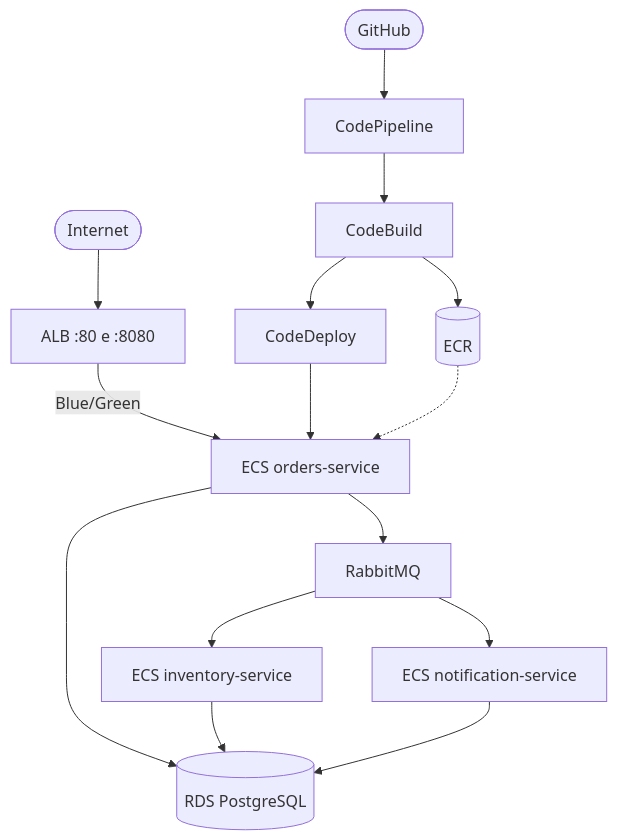
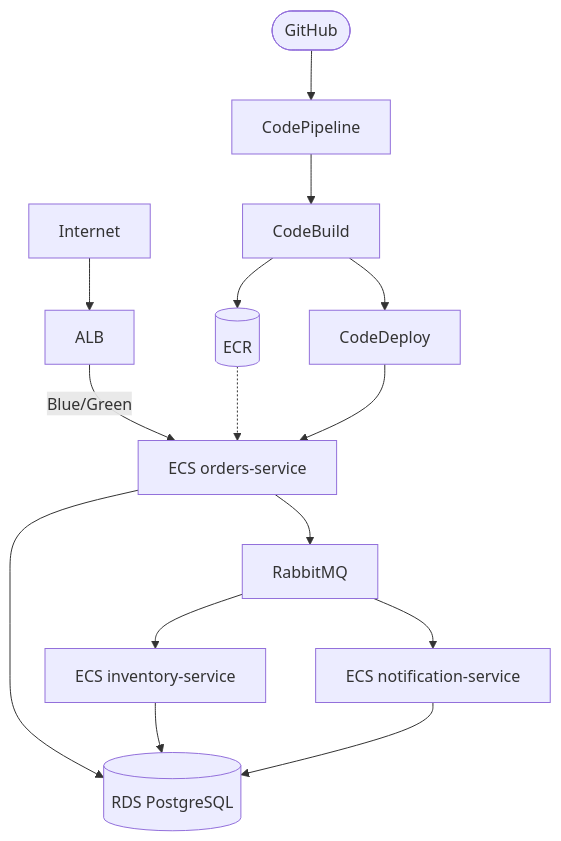
The second of 3 diagrams in architecture.md (davixedes/workshop-app), drawn with Mermaid before and after one commit. The commit also changed other lines of this file, not shown here.

````diff
--- a/architecture.md
+++ b/architecture.md
@@ -54,18 +25,14 @@
 ```mermaid
 graph TD
-    Internet([Internet]) --> ALB[ALB :80 e :8080]
+    Internet --> ALB[ALB]
     ALB -->|Blue/Green| OS[ECS orders-service]
     OS --> RDS[(RDS PostgreSQL)]
     OS --> MQ[RabbitMQ]
     MQ --> IS[ECS inventory-service]
     MQ --> NS[ECS notification-service]
-    IS --> RDS
-    NS --> RDS
+    IS & NS --> RDS
 
-    GH([GitHub]) --> CP[CodePipeline]
-    CP --> CB[CodeBuild]
-    CB --> ECR[(ECR)]
-    CB --> CD[CodeDeploy]
-    CD --> OS
-    ECR -.-> OS
+    GH([GitHub]) --> CP[CodePipeline] --> CB[CodeBuild]
+    CB --> ECR[(ECR)] -.-> OS
+    CB --> CD[CodeDeploy] --> OS
 ```
````
